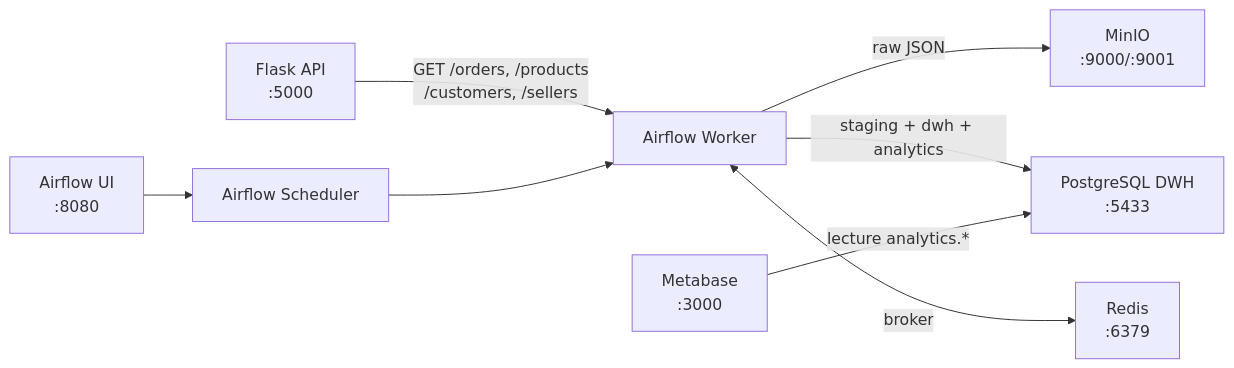
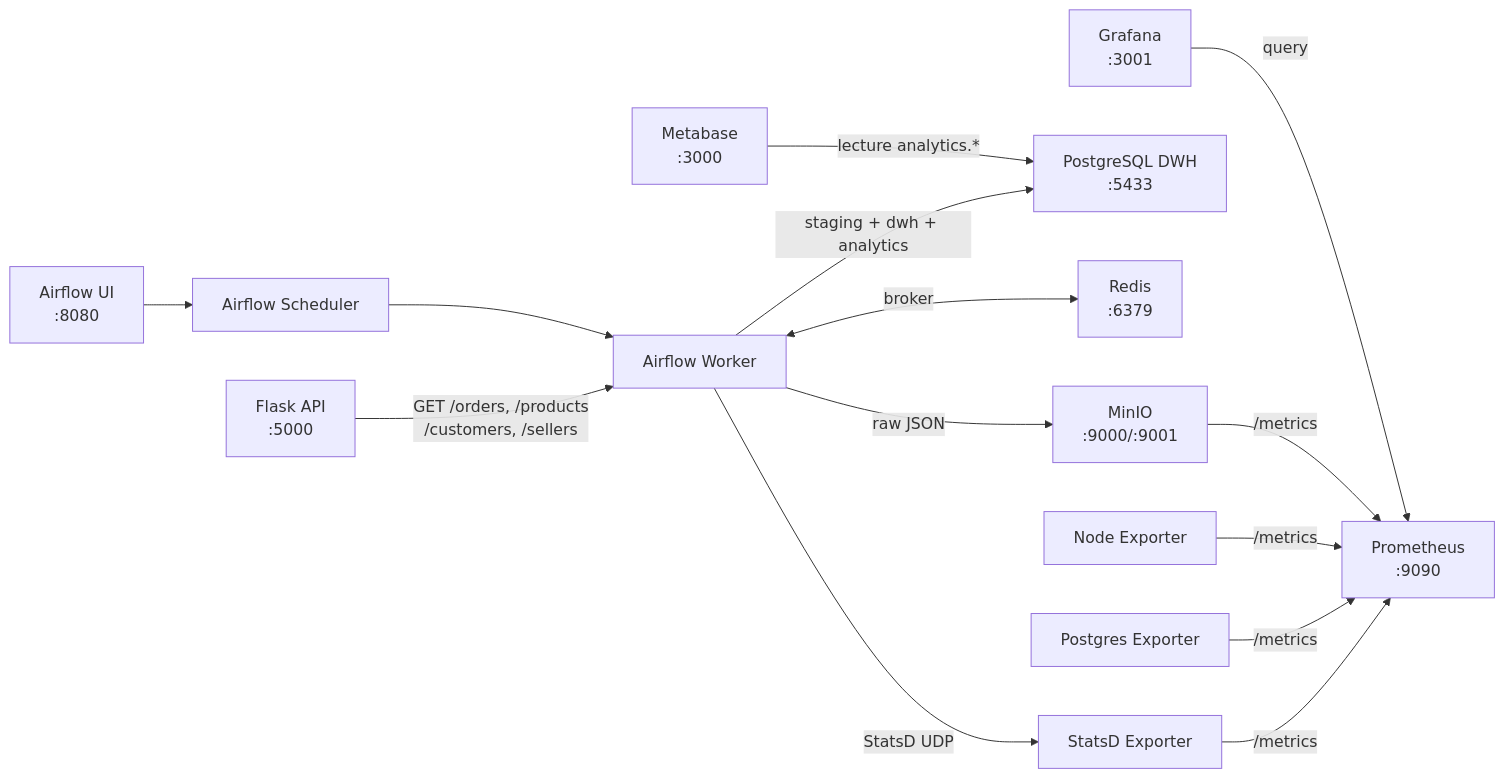
One commit to AmauryTISSOT/MarketPlace_Analytics_AirFlow changed the first of 2 diagrams in README.md. Above: the diagram before and after it, drawn with Mermaid. The commit also changed other lines of this file and 4 other files, not shown here.

````diff
--- a/README.md
+++ b/README.md
@@ -22,19 +23,30 @@
 ```mermaid
 flowchart LR
     API["Flask API\n:5000"]
     AF_SCHED["Airflow Scheduler"]
     AF_WORKER["Airflow Worker"]
     AF_API["Airflow UI\n:8080"]
     MINIO["MinIO\n:9000/:9001"]
     PG_DWH["PostgreSQL DWH\n:5433"]
     REDIS["Redis\n:6379"]
     METABASE["Metabase\n:3000"]
+    PROM["Prometheus\n:9090"]
+    GRAFANA["Grafana\n:3001"]
+    STATSD["StatsD Exporter"]
+    PG_EXP["Postgres Exporter"]
+    NODE_EXP["Node Exporter"]
 
     API -->|GET /orders, /products\n/customers, /sellers| AF_WORKER
     AF_SCHED --> AF_WORKER
     AF_WORKER -->|raw JSON| MINIO
     AF_WORKER -->|staging + dwh + analytics| PG_DWH
     AF_WORKER <-->|broker| REDIS
     METABASE -->|lecture analytics.*| PG_DWH
     AF_API --> AF_SCHED
+    AF_WORKER -->|StatsD UDP| STATSD
+    STATSD -->|/metrics| PROM
+    PG_EXP -->|/metrics| PROM
+    NODE_EXP -->|/metrics| PROM
+    MINIO -->|/metrics| PROM
+    GRAFANA -->|query| PROM
 ```
````
